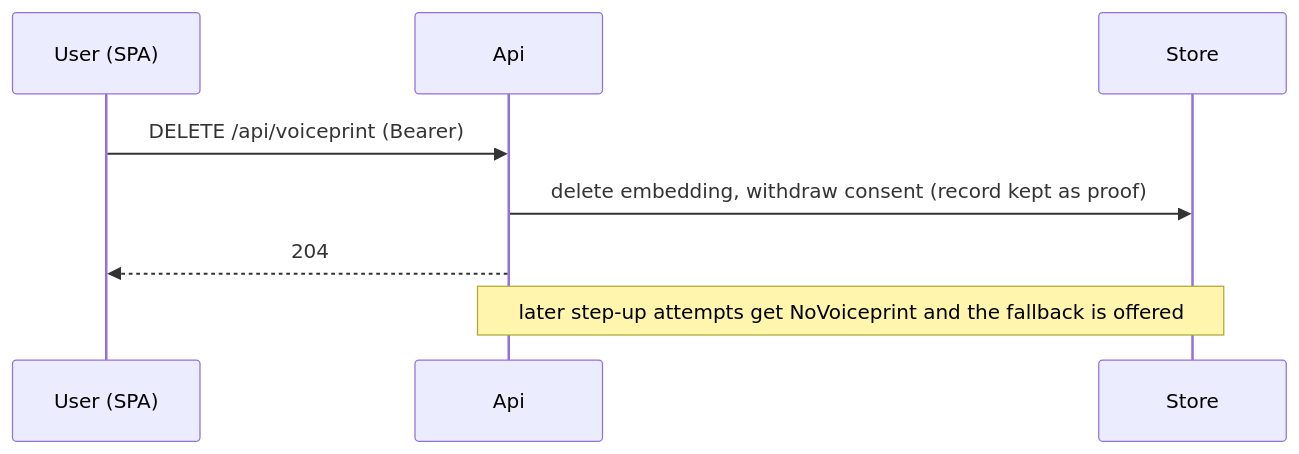
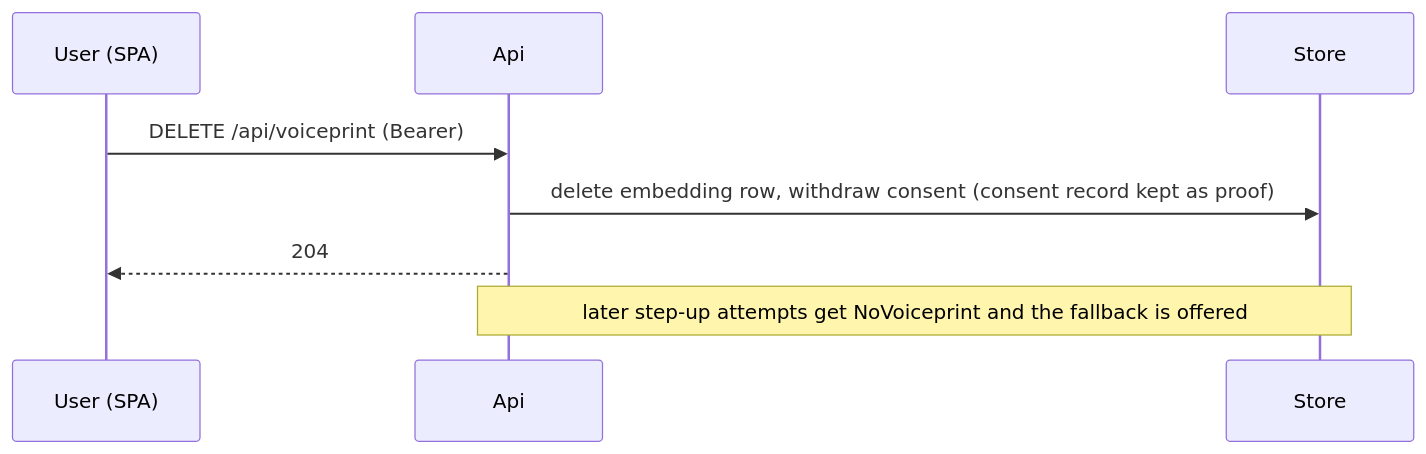
One commit to alfredorevilla/voice-step-up changed the fifth of 6 diagrams in docs/architecture.md. Above: the diagram before and after it, drawn with Mermaid. The commit also changed other lines of this file and 8 other files, not shown here.

Commit message:
docs: apply M1 review to architecture and ADRs, set T1.6 statuses

````diff
--- a/docs/architecture.md
+++ b/docs/architecture.md
@@ -117,10 +131,10 @@
 ```mermaid
 sequenceDiagram
   participant U as User (SPA)
   participant A as Api
   participant S as Store
   U->>A: DELETE /api/voiceprint (Bearer)
-  A->>S: delete embedding, withdraw consent (record kept as proof)
+  A->>S: delete embedding row, withdraw consent (consent record kept as proof)
   A-->>U: 204
   Note over A,S: later step-up attempts get NoVoiceprint and the fallback is offered
 ```
````
